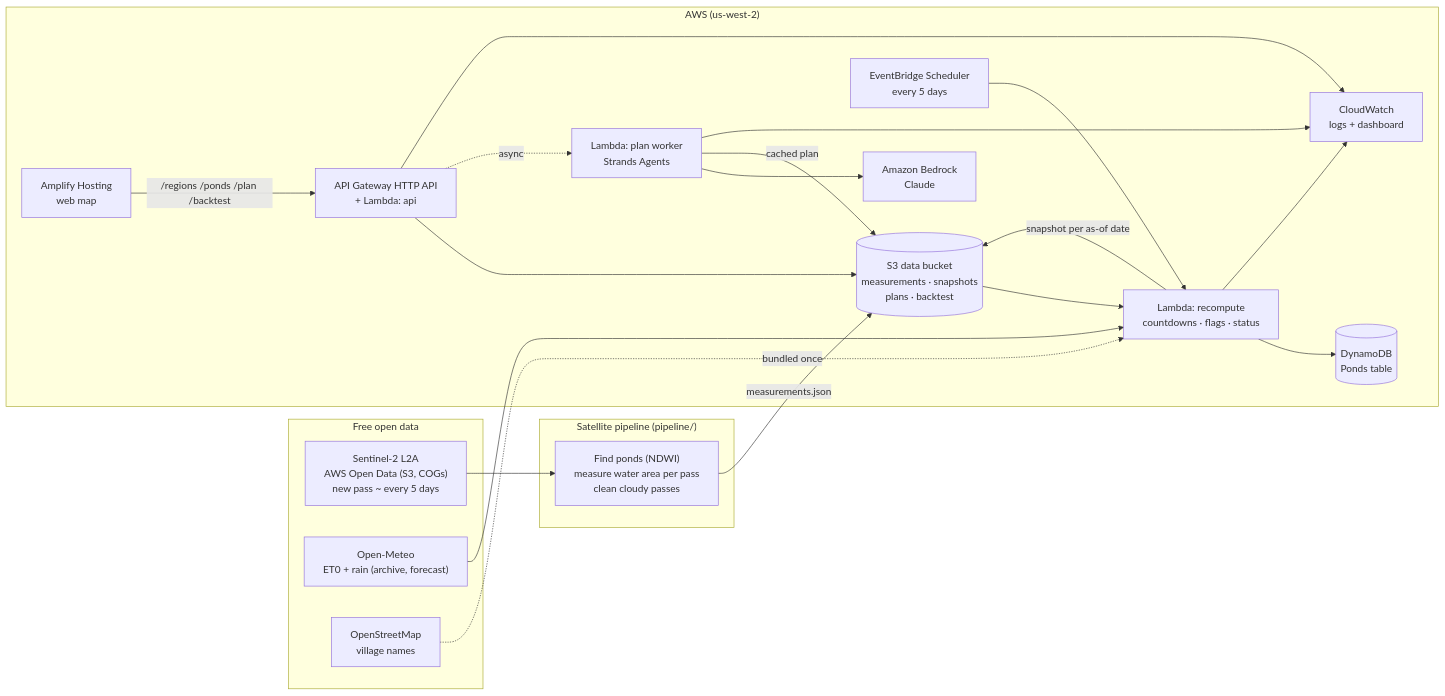
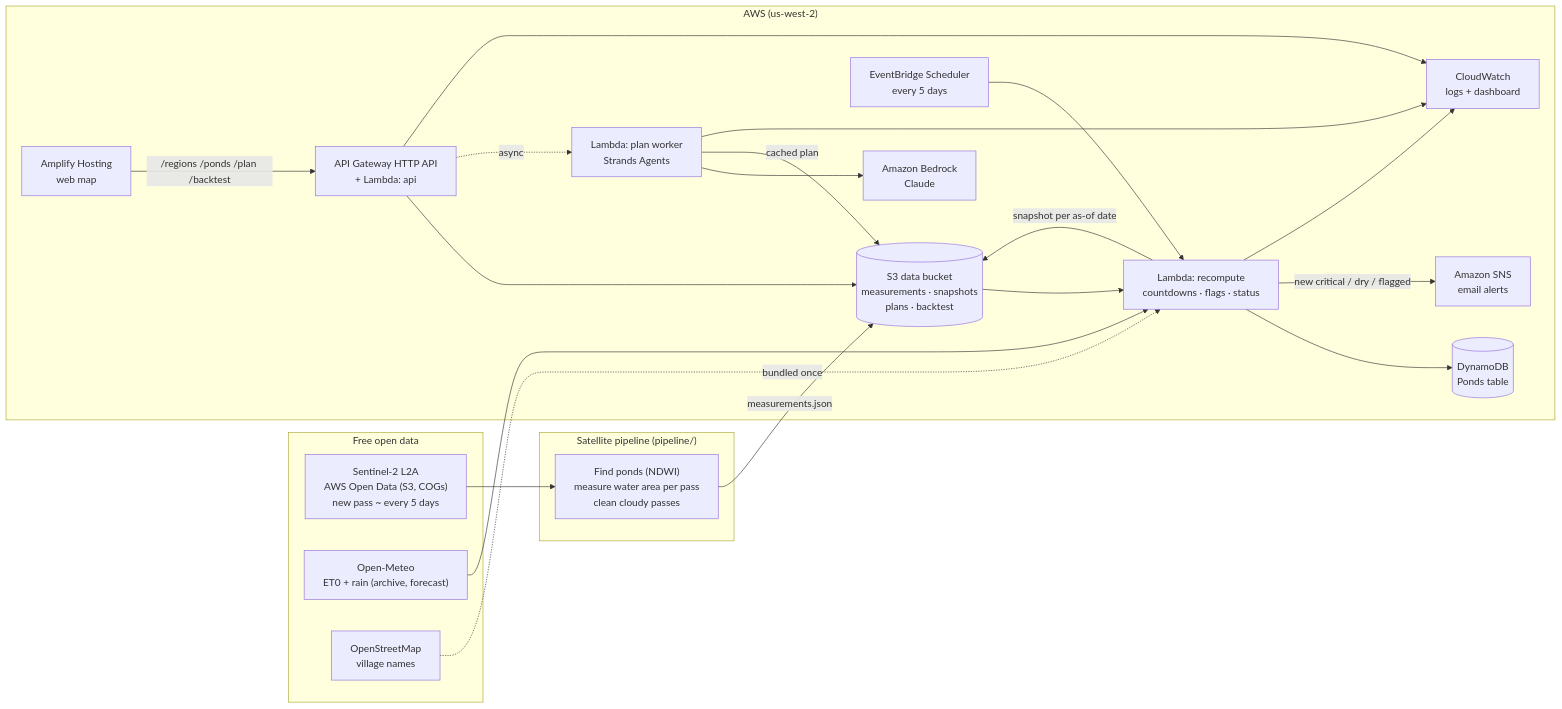
Before and after one commit to shloknarvekar/talaab: the diagram in docs/architecture.md, drawn with Mermaid. The commit also changed other lines of this file and 6 other files, not shown here.

Commit message:
feat(aws): critical-pond email alerts via Amazon SNS (new transitions only, live regions, logged in S3)

````diff
--- a/docs/architecture.md
+++ b/docs/architecture.md
@@ -7,38 +7,40 @@
 ```mermaid
 flowchart LR
   subgraph Sources["Free open data"]
     S2["Sentinel-2 L2A<br/>AWS Open Data (S3, COGs)<br/>new pass ~ every 5 days"]
     OM["Open-Meteo<br/>ET0 + rain (archive, forecast)"]
     OSM["OpenStreetMap<br/>village names"]
   end
 
   subgraph Laptop["Satellite pipeline (pipeline/)"]
     P["Find ponds (NDWI)<br/>measure water area per pass<br/>clean cloudy passes"]
   end
 
   subgraph AWS["AWS (us-west-2)"]
     S3[("S3 data bucket<br/>measurements · snapshots<br/>plans · backtest")]
     SCH["EventBridge Scheduler<br/>every 5 days"]
     RC["Lambda: recompute<br/>countdowns · flags · status"]
     DDB[("DynamoDB<br/>Ponds table")]
     API["API Gateway HTTP API<br/>+ Lambda: api"]
     PW["Lambda: plan worker<br/>Strands Agents"]
     BR["Amazon Bedrock<br/>Claude"]
     CW["CloudWatch<br/>logs + dashboard"]
+    SNS["Amazon SNS<br/>email alerts"]
     AMP["Amplify Hosting<br/>web map"]
   end
 
   S2 --> P --> |measurements.json| S3
   SCH --> RC
   S3 --> RC
   OM --> RC
   OSM -.bundled once.-> RC
   RC --> |snapshot per as-of date| S3
   RC --> DDB
+  RC --> |new critical / dry / flagged| SNS
   AMP --> |"/regions /ponds /plan /backtest"| API
   API --> S3
   API -. async .-> PW
   PW --> BR
   PW --> |cached plan| S3
   RC & API & PW --> CW
 ```
````
